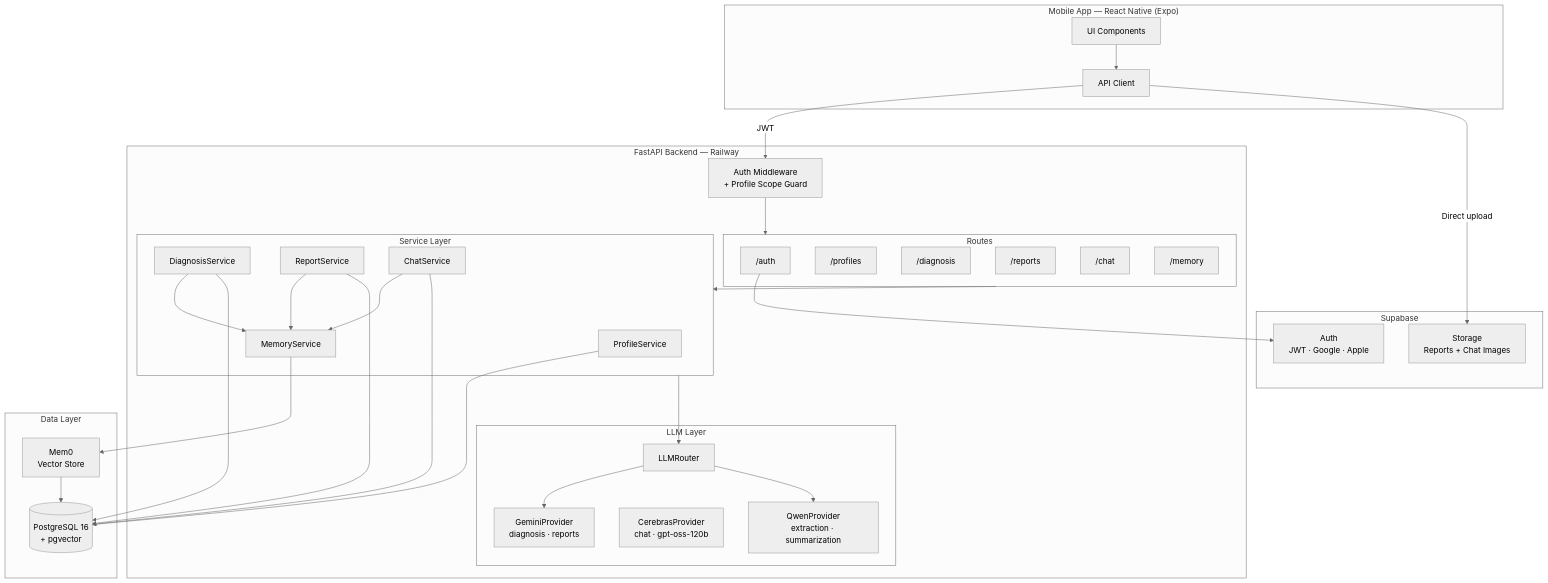
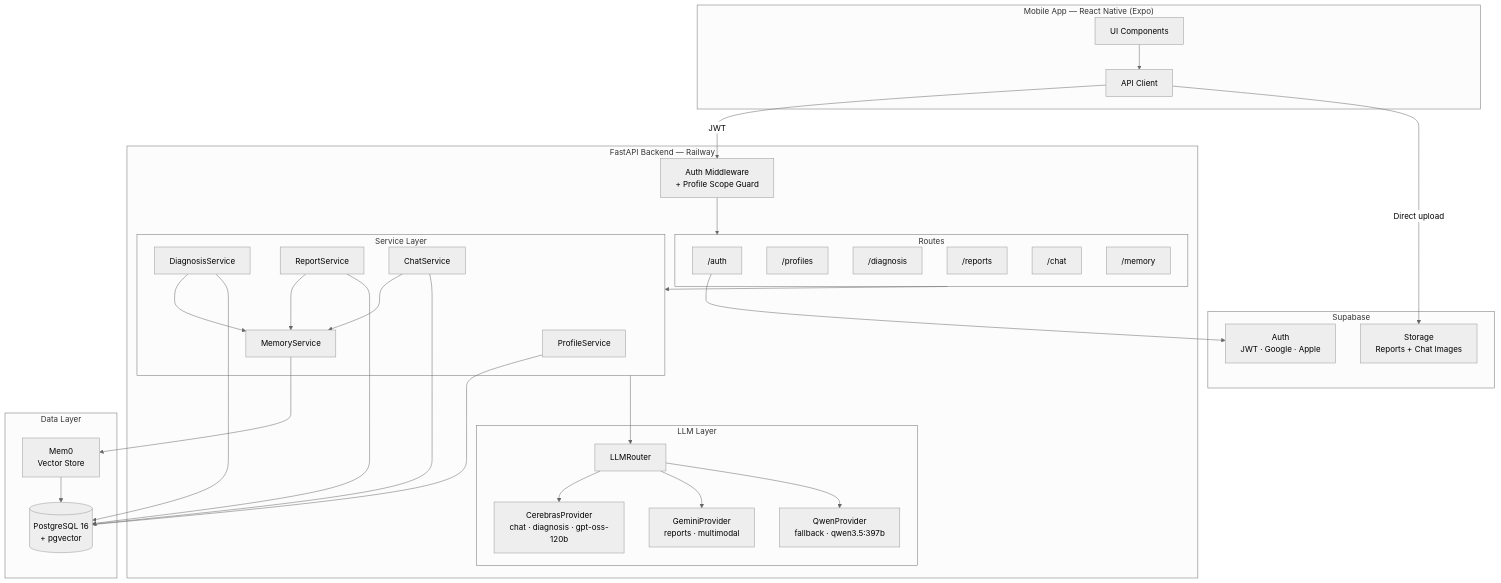
One commit to ArthurZhang2408/familyhealth-ai changed the first of 6 diagrams in docs/ARCHITECTURE.md. Above: the diagram before and after it, drawn with Mermaid (neutral theme). The commit also changed other lines of this file and 22 other files, not shown here.

````diff
--- a/docs/ARCHITECTURE.md
+++ b/docs/ARCHITECTURE.md
@@ -17,67 +17,68 @@
 ```mermaid
 graph TB
     subgraph Mobile["Mobile App — React Native (Expo)"]
         UI[UI Components]
         AC[API Client]
     end
 
     subgraph Supabase["Supabase"]
         SA[Auth<br/>JWT · Google · Apple]
         SS[Storage<br/>Reports + Chat Images]
     end
 
     subgraph Backend["FastAPI Backend — Railway"]
         MW[Auth Middleware<br/>+ Profile Scope Guard]
 
         subgraph Routes["Routes"]
             R_AUTH["/auth"]
             R_PROF["/profiles"]
             R_DIAG["/diagnosis"]
             R_RPT["/reports"]
             R_CHAT["/chat"]
             R_MEM["/memory"]
         end
 
         subgraph Services["Service Layer"]
             PROF_SVC[ProfileService]
             DIAG_SVC[DiagnosisService]
             RPT_SVC[ReportService]
             CHAT_SVC[ChatService]
             MEM_SVC[MemoryService]
         end
 
         subgraph LLM["LLM Layer"]
             ROUTER[LLMRouter]
-            GEMINI[GeminiProvider<br/>diagnosis · reports]
-            CEREBRAS[CerebrasProvider<br/>chat · gpt-oss-120b]
-            QWEN[QwenProvider<br/>extraction · summarization]
+            CEREBRAS[CerebrasProvider<br/>chat · diagnosis · gpt-oss-120b]
+            GEMINI[GeminiProvider<br/>reports · multimodal]
+            QWEN[QwenProvider<br/>fallback · qwen3.5:397b]
         end
     end
 
     subgraph Data["Data Layer"]
         PG[(PostgreSQL 16<br/>+ pgvector)]
         MEM0[Mem0<br/>Vector Store]
     end
 
     UI --> AC
     AC -->|JWT| MW
     AC -->|Direct upload| SS
     MW --> Routes
     R_AUTH --> SA
     Routes --> Services
 
     DIAG_SVC --> MEM_SVC
     CHAT_SVC --> MEM_SVC
     RPT_SVC --> MEM_SVC
     MEM_SVC --> MEM0
     MEM0 --> PG
 
     Services --> ROUTER
+    ROUTER --> CEREBRAS
     ROUTER --> GEMINI
     ROUTER --> QWEN
 
     PROF_SVC --> PG
     DIAG_SVC --> PG
     RPT_SVC --> PG
     CHAT_SVC --> PG
 ```
````
